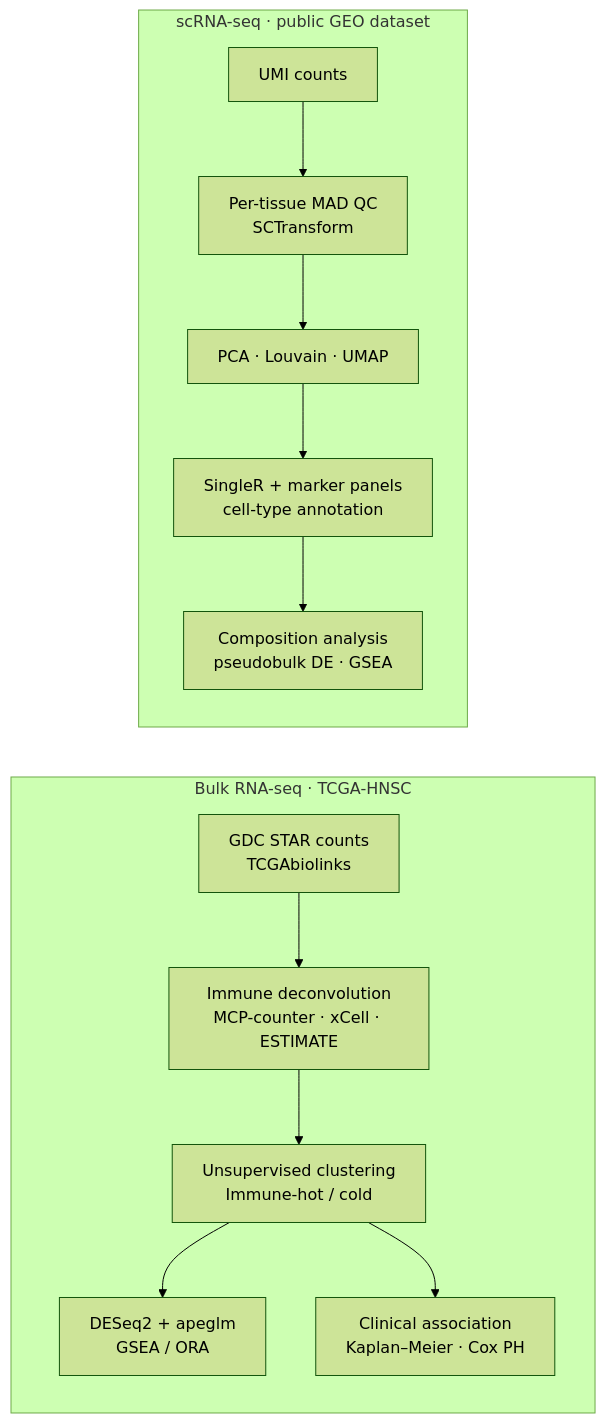
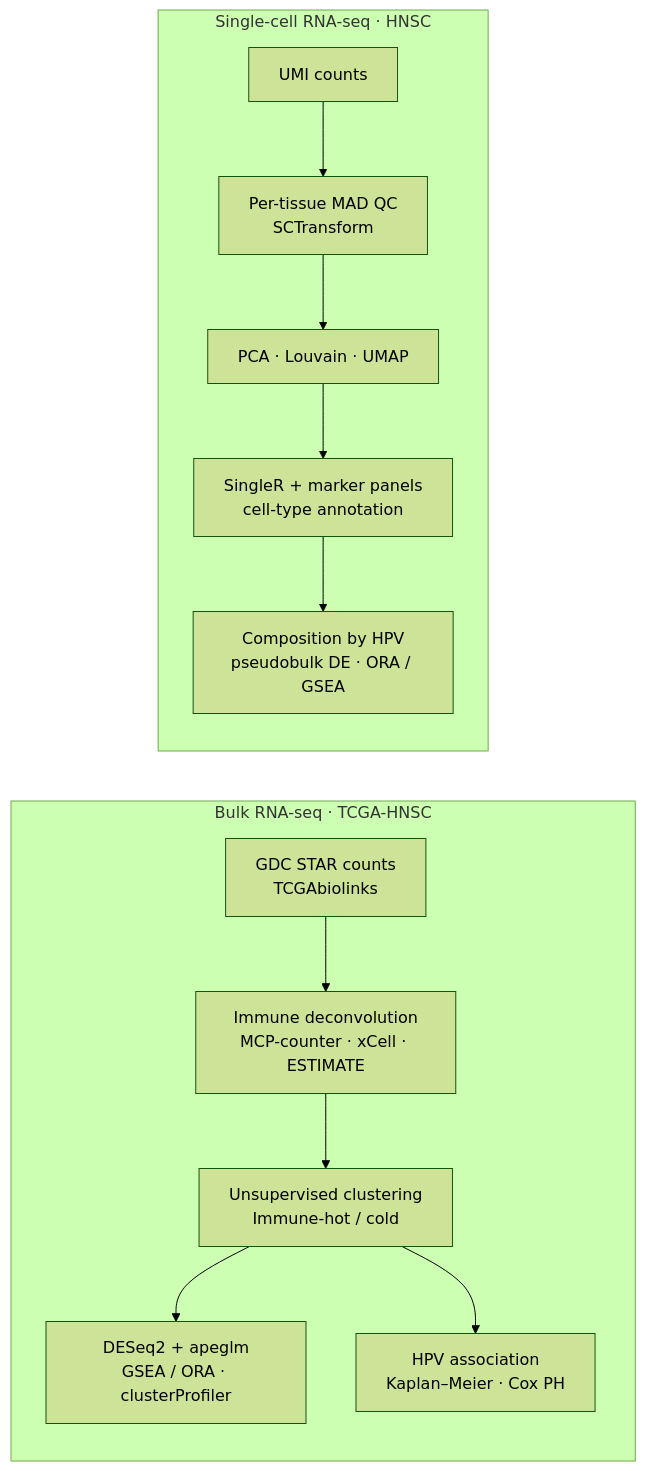
Before and after one commit to bichngochuynh/head-neck-cancer-transcriptomics-analysis-by-R: the diagram in README.md, drawn with Mermaid (forest theme). The commit also changed other lines of this file, not shown here.

````diff
--- a/README.md
+++ b/README.md
@@ -33,15 +25,15 @@
 ```mermaid
 flowchart LR
     subgraph BULK["Bulk RNA-seq · TCGA-HNSC"]
         A[GDC STAR counts<br/>TCGAbiolinks] --> B[Immune deconvolution<br/>MCP-counter · xCell · ESTIMATE]
         B --> C[Unsupervised clustering<br/>Immune-hot / cold]
-        C --> D[DESeq2 + apeglm<br/>GSEA / ORA]
-        C --> E[Clinical association<br/>Kaplan–Meier · Cox PH]
+        C --> D[DESeq2 + apeglm<br/>GSEA / ORA · clusterProfiler]
+        C --> E[HPV association<br/>Kaplan–Meier · Cox PH]
     end
-    subgraph SC["scRNA-seq · public GEO dataset"]
+    subgraph SC["Single-cell RNA-seq · HNSC"]
         F[UMI counts] --> G[Per-tissue MAD QC<br/>SCTransform]
         G --> H[PCA · Louvain · UMAP]
         H --> I[SingleR + marker panels<br/>cell-type annotation]
-        I --> J[Composition analysis<br/>pseudobulk DE · GSEA]
+        I --> J[Composition by HPV<br/>pseudobulk DE · ORA / GSEA]
     end
 ```
````
